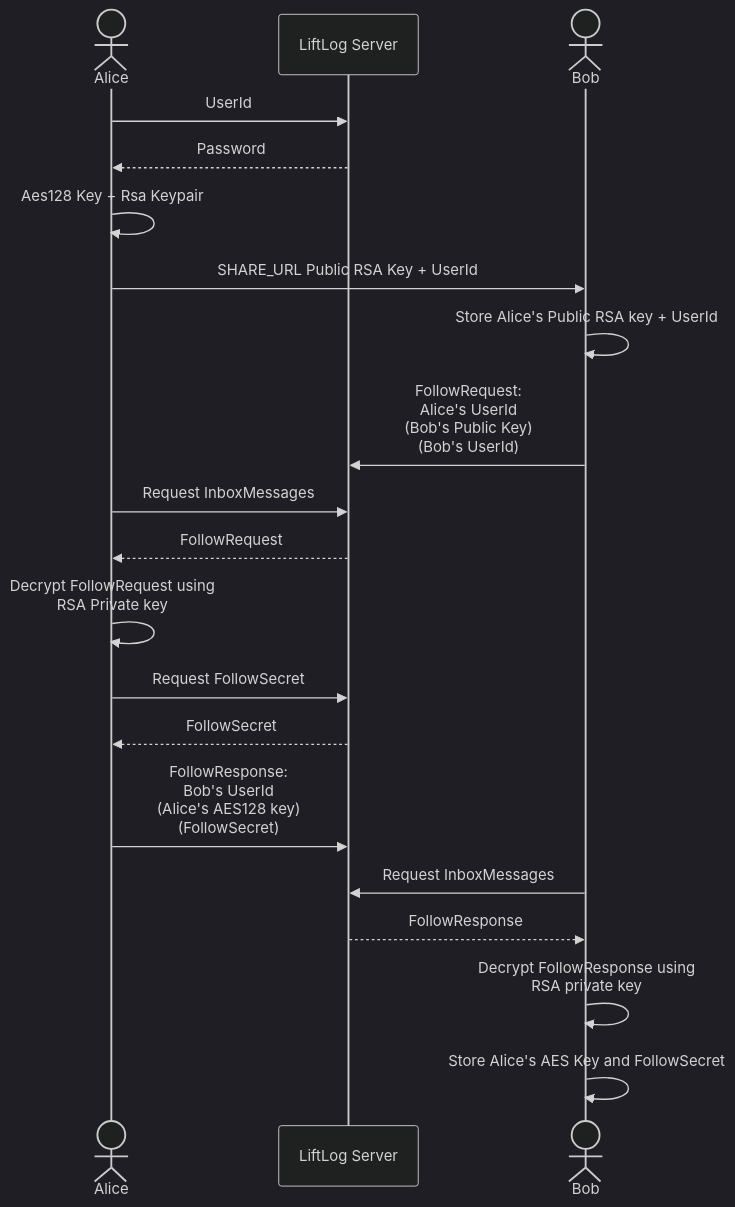
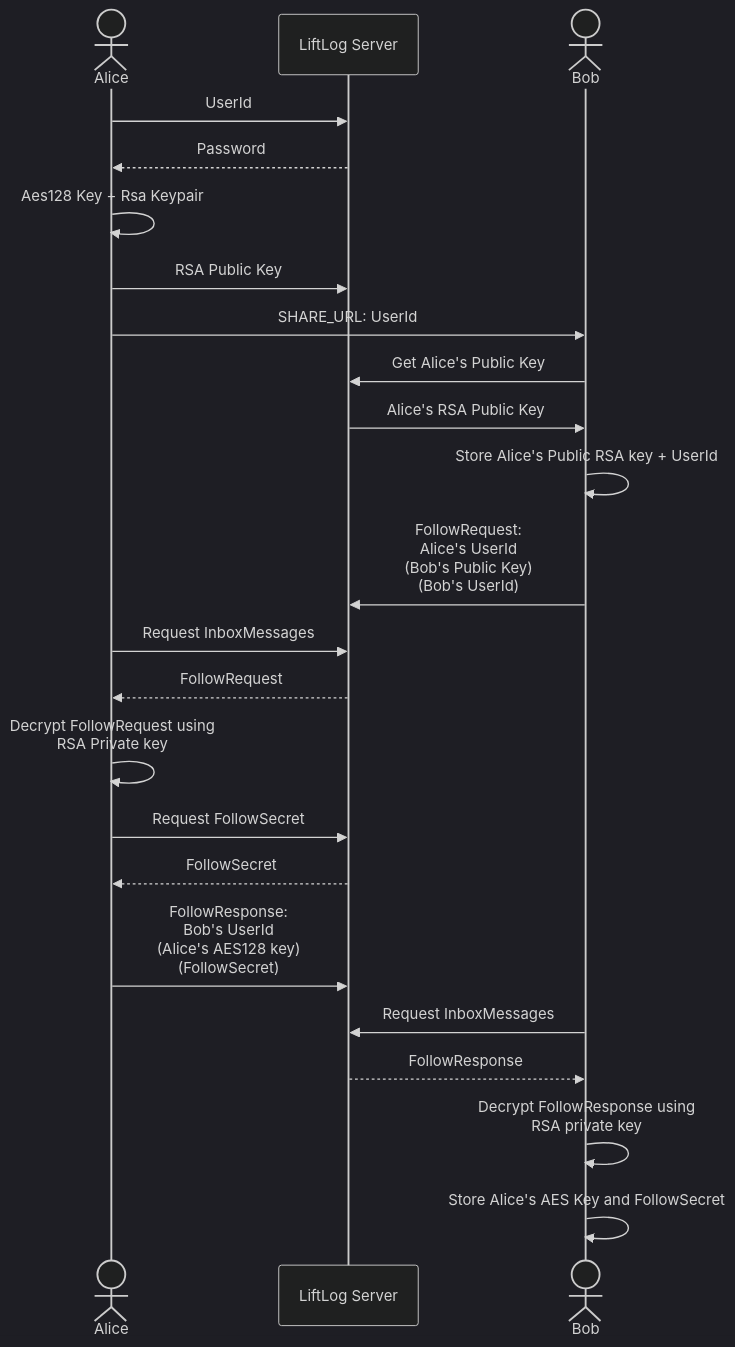
Before and after one commit to LiamMorrow/LiftLog: the first of 2 diagrams in Docs/FeedProcess.md, drawn with Mermaid (dark theme). The commit also changed other lines of this file, not shown here.

````diff
--- a/Docs/FeedProcess.md
+++ b/Docs/FeedProcess.md
@@ -81,22 +77,25 @@
 ```mermaid
 sequenceDiagram
     actor Alice
     participant LiftLog as LiftLog Server
     actor Bob
     Alice->>LiftLog: UserId
     LiftLog-->>Alice: Password
     Alice->>Alice: Aes128 Key + Rsa Keypair
-    Alice->>Bob: SHARE_URL Public RSA Key + UserId
+    Alice->>LiftLog: RSA Public Key
+    Alice->>Bob: SHARE_URL: UserId
+    Bob->>LiftLog: Get Alice's Public Key
+    LiftLog->>Bob: Alice's RSA Public Key
     Bob->>Bob: Store Alice's Public RSA key + UserId
     Bob->>LiftLog: FollowRequest: <br/> Alice's UserId <br/>(Bob's Public Key)<br/>(Bob's UserId)
     Alice->>LiftLog: Request InboxMessages
     LiftLog-->>Alice: FollowRequest
     Alice->>Alice: Decrypt FollowRequest using<br/> RSA Private key
     Alice->>LiftLog: Request FollowSecret
     LiftLog-->>Alice: FollowSecret
     Alice->>LiftLog: FollowResponse:<br/>Bob's UserId<br/>(Alice's AES128 key)<br/>(FollowSecret)
     Bob->>LiftLog: Request InboxMessages
     LiftLog-->>Bob: FollowResponse
     Bob->>Bob: Decrypt FollowResponse using<br/>RSA private key
     Bob->>Bob: Store Alice's AES Key and FollowSecret
 ```
````
